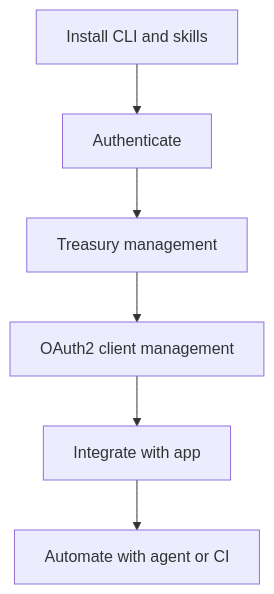
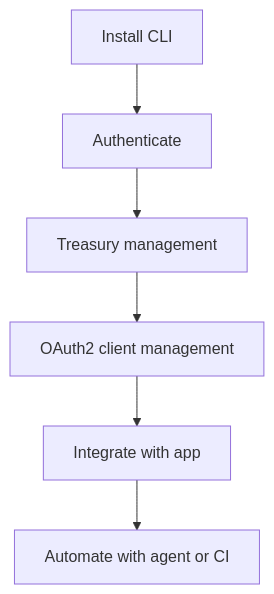
Before and after one commit to burnt-labs/docs: the diagram in developers/tools/verona-toolkit.md, drawn with Mermaid. The commit also changed other lines of this file, not shown here.

First line of the commit message:
docs(verona-toolkit): CLI-only guide, migrate skills to Dev Plugin

````diff
--- a/developers/tools/verona-toolkit.md
+++ b/developers/tools/verona-toolkit.md
@@ -183,8 +183,8 @@
 ```mermaid
 flowchart TD
-    install[Install CLI and skills] --> auth[Authenticate]
+    install[Install CLI] --> auth[Authenticate]
     auth --> treasury[Treasury management]
     treasury --> oauth[OAuth2 client management]
     oauth --> integrate[Integrate with app]
     integrate --> automate[Automate with agent or CI]
 ```
````
